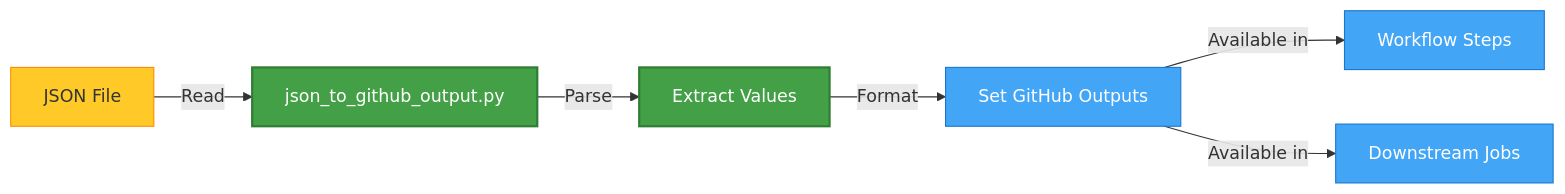
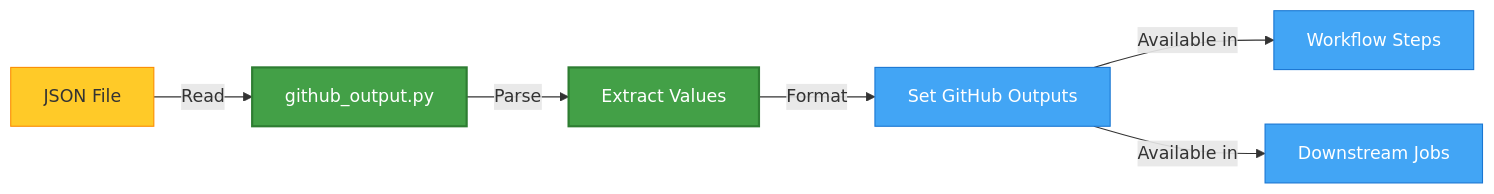
Before and after one commit to 7rikazhexde/json2vars-setter: the diagram in docs/features/json-to-variables.md, drawn with Mermaid. The commit also changed other lines of this file and 20 other files, not shown here.

````diff
--- a/docs/features/json-to-variables.md
+++ b/docs/features/json-to-variables.md
@@ -9,16 +9,16 @@
 ```mermaid
 graph LR
-    A[JSON File] -->|Read| B[json_to_github_output.py]
+    A[JSON File] -->|Read| B[github_output.py]
     B -->|Parse| C[Extract Values]
     C -->|Format| D[Set GitHub Outputs]
     D -->|Available in| E[Workflow Steps]
     D -->|Available in| F[Downstream Jobs]
 
     classDef input fill:#ffca28,stroke:#fb8c00,stroke-width:1px,color:#333333
     classDef process fill:#43a047,stroke:#2e7d32,stroke-width:2px,color:#fff
     classDef output fill:#42a5f5,stroke:#1976d2,stroke-width:1px,color:#fff
 
     class A input
     class B,C process
     class D,E,F output
 ```
````
